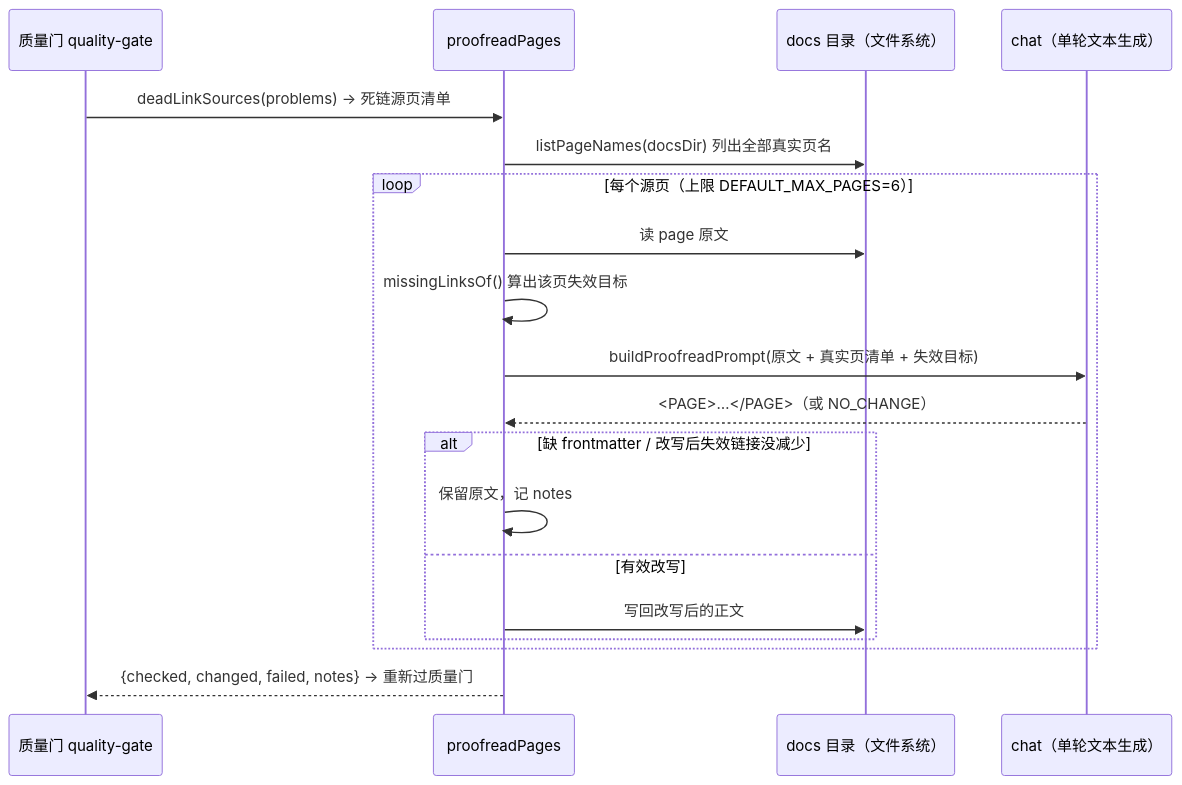
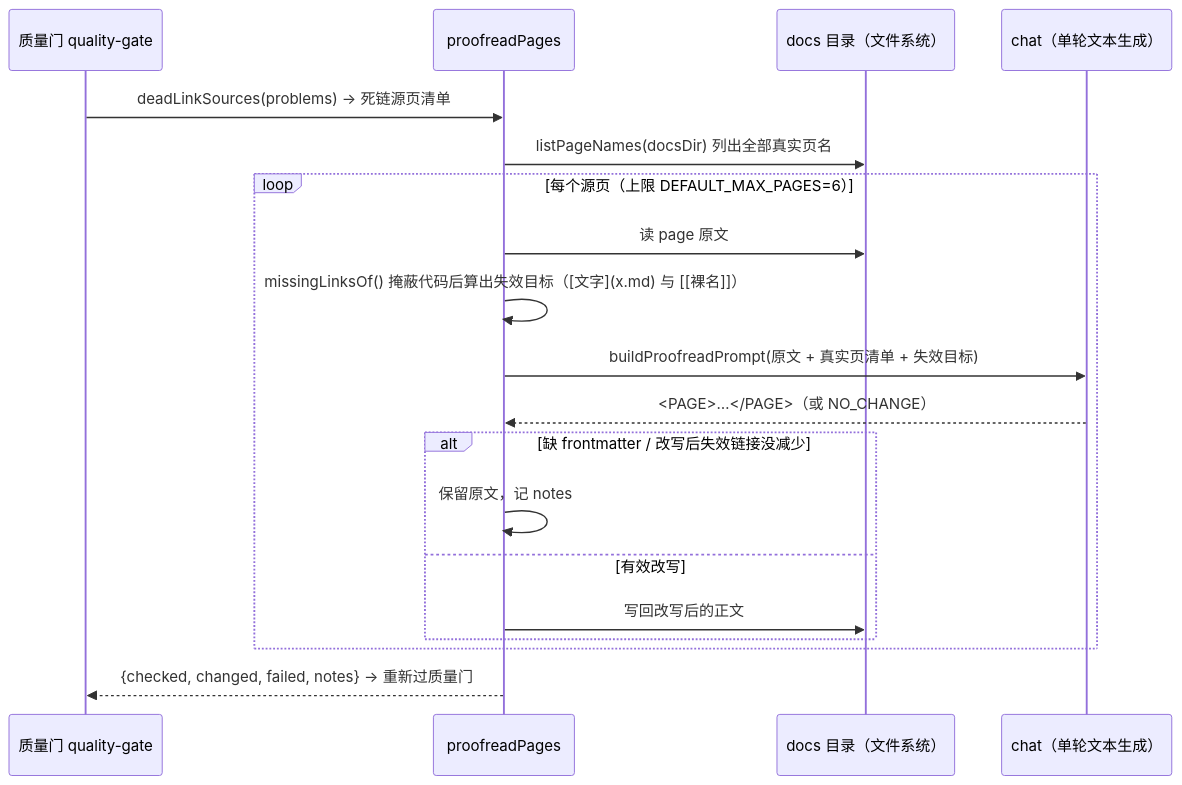
One commit to ikliml666/dsh-codewiki changed the fourth of 5 diagrams in .codewiki/_native-state/docs/article_validation_and_contract.md. Above: the diagram before and after it, drawn with Mermaid. The commit also changed other lines of this file and 11 other files, not shown here.

````diff
--- a/.codewiki/_native-state/docs/article_validation_and_contract.md
+++ b/.codewiki/_native-state/docs/article_validation_and_contract.md
@@ -184,22 +192,22 @@
 ```mermaid
 sequenceDiagram
     participant QG as 质量门 quality-gate
     participant PR as proofreadPages
     participant FS as docs 目录（文件系统）
     participant LLM as chat（单轮文本生成）
 
     QG->>PR: deadLinkSources(problems) → 死链源页清单
     PR->>FS: listPageNames(docsDir) 列出全部真实页名
     loop 每个源页（上限 DEFAULT_MAX_PAGES=6）
         PR->>FS: 读 page 原文
-        PR->>PR: missingLinksOf() 算出该页失效目标
+        PR->>PR: missingLinksOf() 掩蔽代码后算出失效目标（[文字](x.md) 与 [[裸名]]）
         PR->>LLM: buildProofreadPrompt(原文 + 真实页清单 + 失效目标)
         LLM-->>PR: <PAGE>…</PAGE>（或 NO_CHANGE）
         alt 缺 frontmatter / 改写后失效链接没减少
             PR->>PR: 保留原文，记 notes
         else 有效改写
             PR->>FS: 写回改写后的正文
         end
     end
     PR-->>QG: {checked, changed, failed, notes} → 重新过质量门
 ```
````
